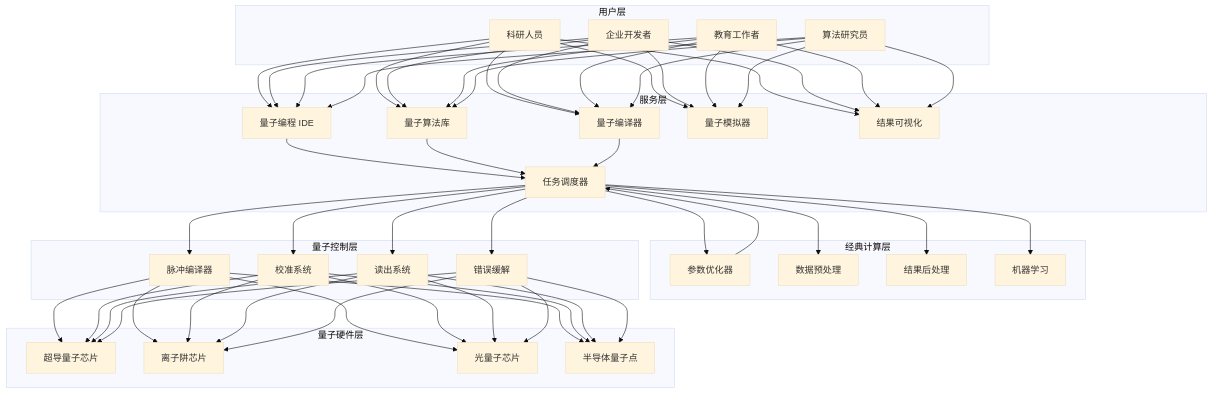
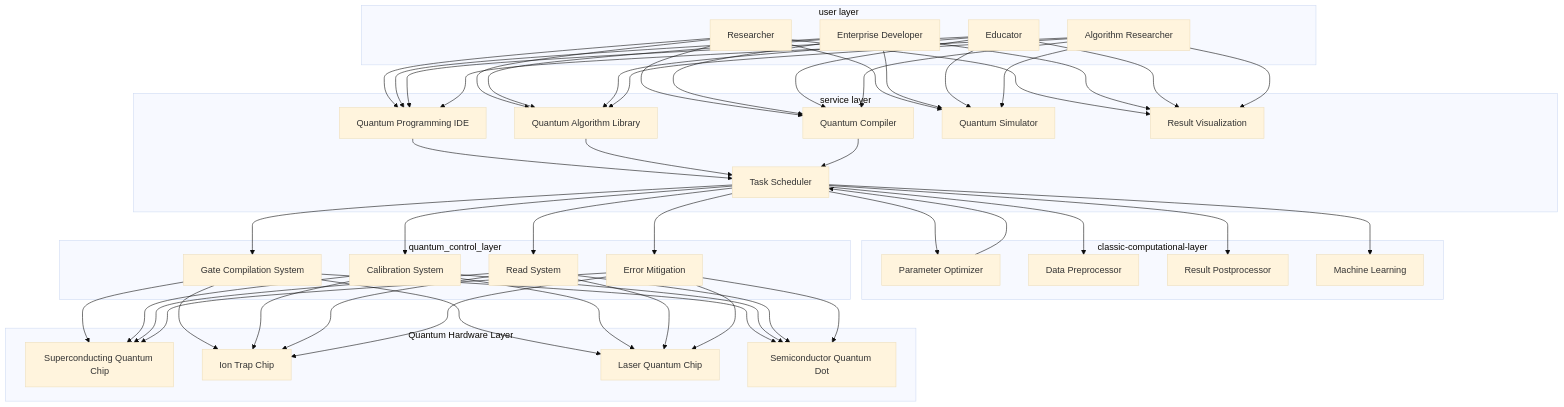
Before and after one commit to teaglebuilt/knowledge-tree: the first of 3 diagrams in tree/application/architecture/quantum-computing-cloud.md, drawn with Mermaid (base theme). The commit also changed other lines of this file and 7 other files, not shown here.

````diff
--- a/tree/application/architecture/quantum-computing-cloud.md
+++ b/tree/application/architecture/quantum-computing-cloud.md
@@ -113,46 +113,46 @@
 ```mermaid
 graph TB
-    subgraph 用户层
-        U1[科研人员]
-        U2[企业开发者]
-        U3[教育工作者]
-        U4[算法研究员]
+    subgraph user layer
+        U1[Researcher]
+        U2[Enterprise Developer]
+        U3[Educator]
+        U4[Algorithm Researcher]
     end
 
-    subgraph 服务层
-        S1[量子编程 IDE]
-        S2[量子算法库]
-        S3[量子编译器]
-        S4[任务调度器]
-        S5[量子模拟器]
-        S6[结果可视化]
+    subgraph service layer
+        S1[Quantum Programming IDE]
+        S2[Quantum Algorithm Library]
+        S3[Quantum Compiler]
+        S4[Task Scheduler]
+        S5[Quantum Simulator]
+        S6[Result Visualization]
     end
 
-    subgraph 经典计算层
-        C1[参数优化器]
-        C2[数据预处理]
-        C3[结果后处理]
-        C4[机器学习]
+    subgraph classic-computational-layer
+        C1[Parameter Optimizer]
+        C2[Data Preprocessor]
+        C3[Result Postprocessor]
+        C4[Machine Learning]
     end
 
-    subgraph 量子控制层
-        Q1[脉冲编译器]
-        Q2[校准系统]
-        Q3[读出系统]
-        Q4[错误缓解]
+    subgraph quantum_control_layer
+        Q1[Gate Compilation System]
+        Q2[Calibration System]
+        Q3[Read System]
+        Q4[Error Mitigation]
     end
 
-    subgraph 量子硬件层
-        H1[超导量子芯片]
-        H2[离子阱芯片]
-        H3[光量子芯片]
-        H4[半导体量子点]
+    subgraph Quantum Hardware Layer
+        H1[Superconducting Quantum Chip]
+        H2[Ion Trap Chip]
+        H3[Laser Quantum Chip]
+        H4[Semiconductor Quantum Dot]
     end
 
     U1 & U2 & U3 & U4 --> S1 & S2 & S3 & S5 & S6
     S1 & S2 & S3 --> S4
     S4 --> C1 & C2 & C3 & C4
     S4 --> Q1 & Q2 & Q3 & Q4
     Q1 & Q2 & Q3 & Q4 --> H1 & H2 & H3 & H4
     C1 --> S4
 ```
````
